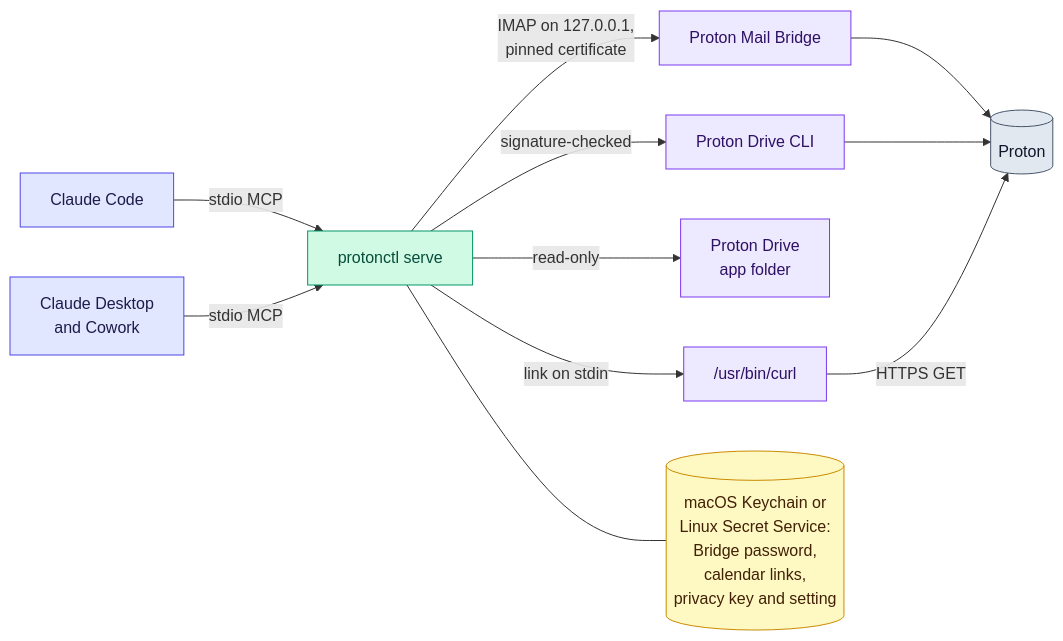
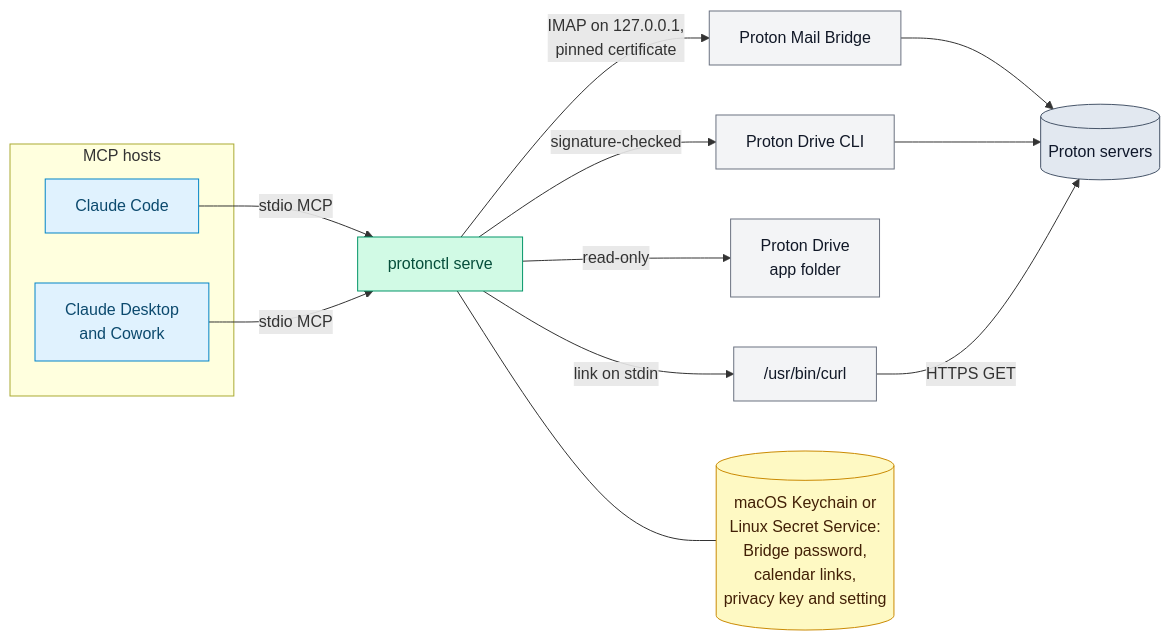
Before and after one commit to matt-w-horn/protonctl: the diagram in README.md, drawn with Mermaid. The commit also changed other lines of this file and 7 other files, not shown here.

Commit message:
Rewrite the public text for a broad audience, apart from the Proton and Claude brands (#88)

````diff
--- a/README.md
+++ b/README.md
@@ -25,24 +84,28 @@
 ```mermaid
 flowchart LR
-    CC["Claude Code"] -->|"stdio MCP"| P["protonctl serve"]
-    CD["Claude Desktop<br/>and Cowork"] -->|"stdio MCP"| P
+    subgraph hosts["MCP hosts"]
+        CC["Claude Code"]
+        CD["Claude Desktop<br/>and Cowork"]
+    end
+    CC -->|"stdio MCP"| P["protonctl serve"]
+    CD -->|"stdio MCP"| P
     P -->|"IMAP on 127.0.0.1,<br/>pinned certificate"| B["Proton Mail Bridge"]
     P -->|"signature-checked"| CLI["Proton Drive CLI"]
     P -->|"read-only"| DF["Proton Drive<br/>app folder"]
     P -->|"link on stdin"| CURL["/usr/bin/curl"]
     P --- KC[("macOS Keychain or<br/>Linux Secret Service:<br/>Bridge password,<br/>calendar links,<br/>privacy key and setting")]
-    B --> API[("Proton")]
+    B --> API[("Proton servers")]
     CLI --> API
     CURL -->|"HTTPS GET"| API
 
-    classDef host fill:#E0E7FF,stroke:#4F46E5,color:#1E1B4B
+    classDef host fill:#E0F2FE,stroke:#0284C7,color:#0C4A6E
     classDef core fill:#D1FAE5,stroke:#059669,color:#064E3B
-    classDef prot fill:#EDE9FE,stroke:#7C3AED,color:#2E1065
+    classDef client fill:#F3F4F6,stroke:#6B7280,color:#111827
     classDef store fill:#FEF9C3,stroke:#CA8A04,color:#422006
     classDef ext fill:#E2E8F0,stroke:#475569,color:#0F172A
     class CC,CD host
     class P core
-    class B,CLI,DF,CURL prot
+    class B,CLI,DF,CURL client
     class KC store
     class API ext
 ```
````
